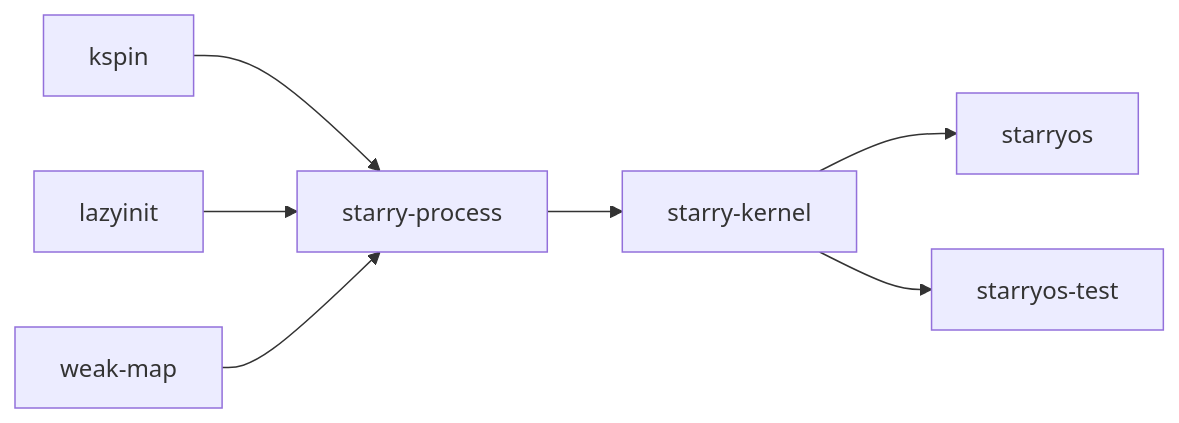
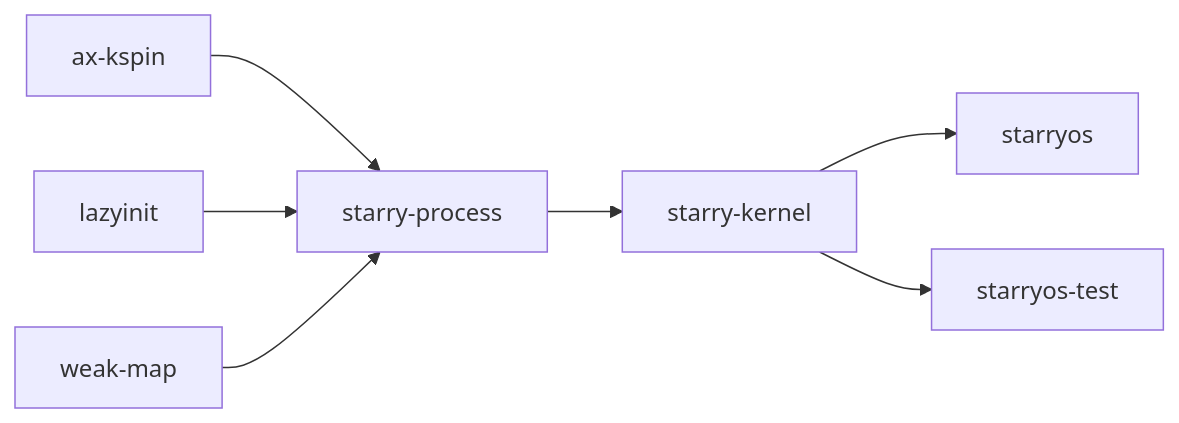
Before and after one commit to zKurisu/tgoskits: the third of 3 diagrams in docs/crates/starry-process.md, drawn with Mermaid. The commit also changed other lines of this file and 101 other files, not shown here.

````diff
--- a/docs/crates/starry-process.md
+++ b/docs/crates/starry-process.md
@@ -125,10 +125,10 @@
 ```mermaid
 graph LR
-    kspin["kspin"] --> sp["starry-process"]
+    ax_kspin["ax-kspin"] --> sp["starry-process"]
     lazyinit["lazyinit"] --> sp
     weakmap["weak-map"] --> sp
 
     sp --> starry["starry-kernel"]
     starry --> starryos["starryos"]
     starry --> starrytest["starryos-test"]
 ```
````
